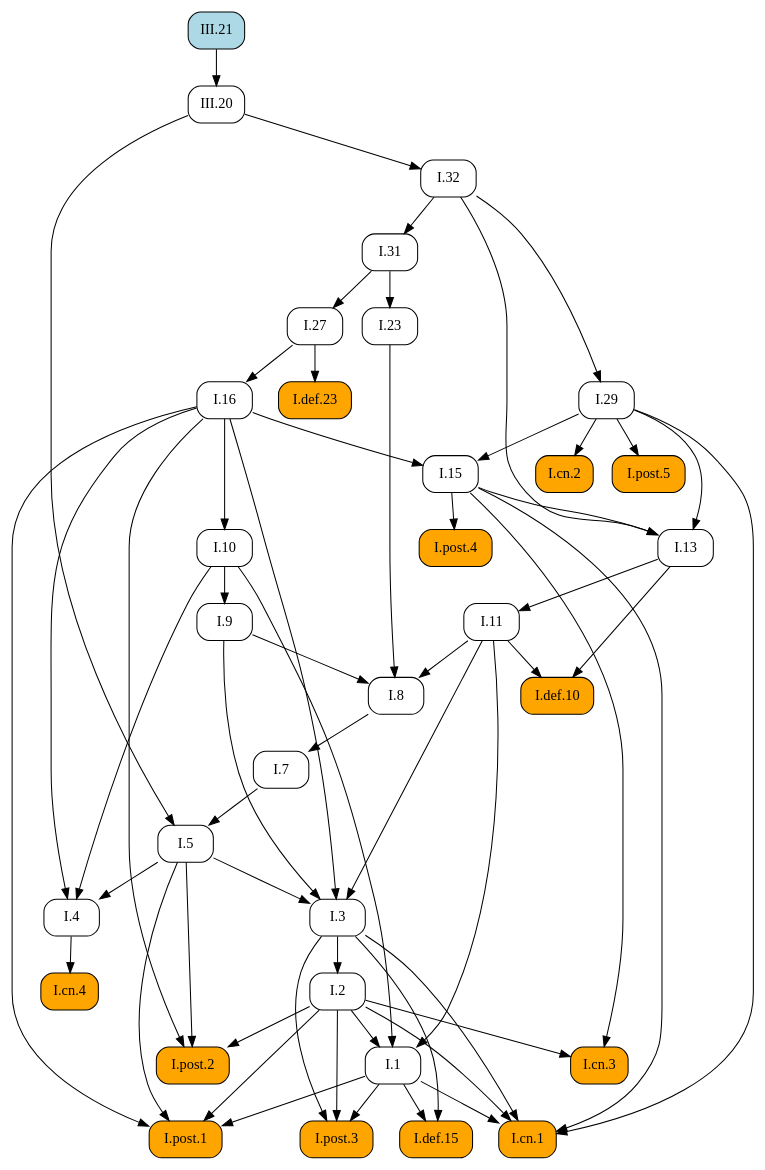
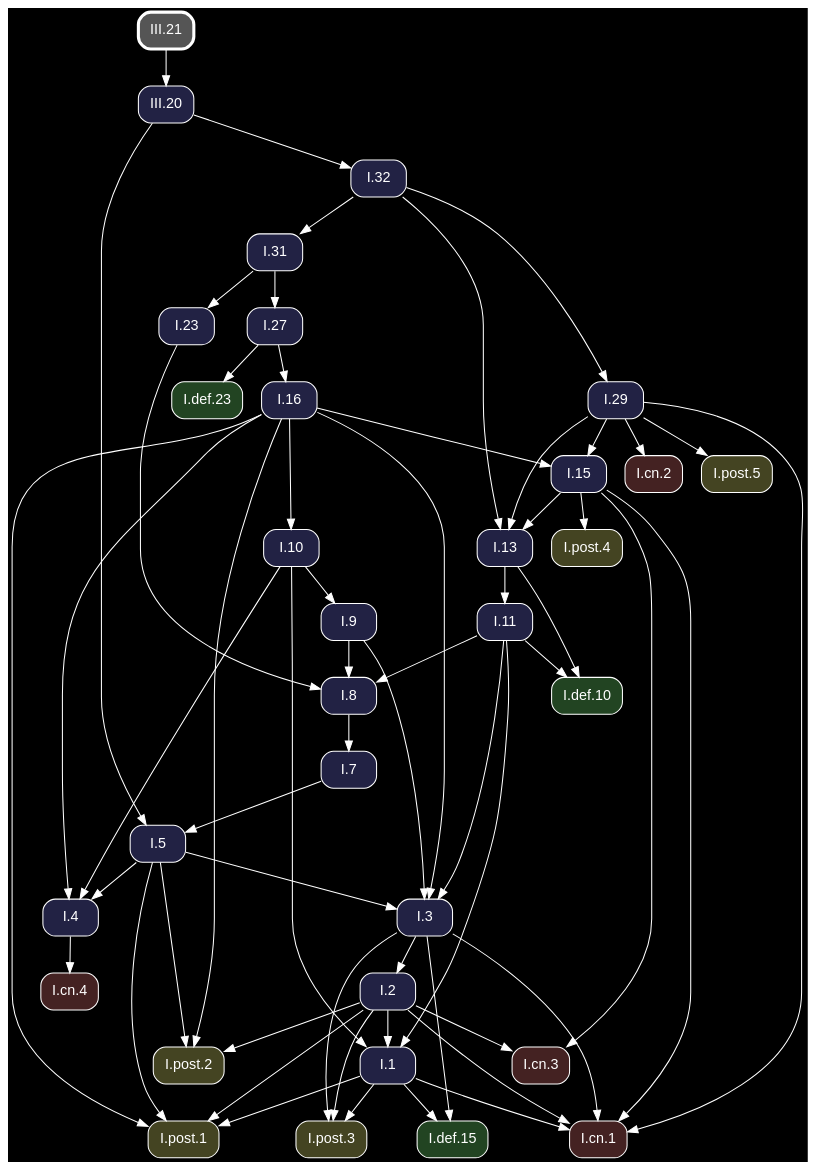
One commit to geometor/elements changed the diagram in docsrc/heath/III/21/index.rst. Above: the diagram before and after it, drawn with Graphviz. The commit also changed other lines of this file and 1200 other files, not shown here.

Commit message:
update dependency graphs

```diff
--- a/docsrc/heath/III/21/index.rst
+++ b/docsrc/heath/III/21/index.rst
@@ -47,96 +47,98 @@
 .. graphviz::
 
    digraph {
+     bgcolor="black";
+     node [shape=box, style="rounded,filled", fontname="Helvetica", color="white", fontcolor="white"];
+     edge [color="white", fontcolor="white"];
      rankdir="TB";
-     node [shape=box, style=rounded];
-     "I.23" [URL="/heath/I/23/", target="_top"];
-     "I.9" [URL="/heath/I/9/", target="_top"];
-     "I.cn.1" [style="rounded,filled", fillcolor=orange, URL="/heath/I/cn.1/", target="_top"];
-     "I.32" [URL="/heath/I/32/", target="_top"];
-     "I.7" [URL="/heath/I/7/", target="_top"];
-     "I.2" [URL="/heath/I/2/", target="_top"];
-     "I.def.15" [style="rounded,filled", fillcolor=orange, URL="/heath/I/def.15/", target="_top"];
-     "I.13" [URL="/heath/I/13/", target="_top"];
-     "I.post.4" [style="rounded,filled", fillcolor=orange, URL="/heath/I/post.4/", target="_top"];
-     "I.4" [URL="/heath/I/4/", target="_top"];
-     "I.1" [URL="/heath/I/1/", target="_top"];
-     "I.post.3" [style="rounded,filled", fillcolor=orange, URL="/heath/I/post.3/", target="_top"];
-     "I.post.1" [style="rounded,filled", fillcolor=orange, URL="/heath/I/post.1/", target="_top"];
-     "I.5" [URL="/heath/I/5/", target="_top"];
-     "I.8" [URL="/heath/I/8/", target="_top"];
-     "III.20" [URL="/heath/III/20/", target="_top"];
-     "I.29" [URL="/heath/I/29/", target="_top"];
-     "I.cn.3" [style="rounded,filled", fillcolor=orange, URL="/heath/I/cn.3/", target="_top"];
-     "I.16" [URL="/heath/I/16/", target="_top"];
-     "I.31" [URL="/heath/I/31/", target="_top"];
-     "I.def.10" [style="rounded,filled", fillcolor=orange, URL="/heath/I/def.10/", target="_top"];
-     "I.15" [URL="/heath/I/15/", target="_top"];
-     "I.10" [URL="/heath/I/10/", target="_top"];
-     "I.11" [URL="/heath/I/11/", target="_top"];
-     "I.def.23" [style="rounded,filled", fillcolor=orange, URL="/heath/I/def.23/", target="_top"];
-     "I.cn.2" [style="rounded,filled", fillcolor=orange, URL="/heath/I/cn.2/", target="_top"];
-     "I.27" [URL="/heath/I/27/", target="_top"];
-     "I.post.5" [style="rounded,filled", fillcolor=orange, URL="/heath/I/post.5/", target="_top"];
-     "I.cn.4" [style="rounded,filled", fillcolor=orange, URL="/heath/I/cn.4/", target="_top"];
-     "III.21" [style="rounded,filled", fillcolor=lightblue, URL="/heath/III/21/", target="_top"];
-     "I.post.2" [style="rounded,filled", fillcolor=orange, URL="/heath/I/post.2/", target="_top"];
-     "I.3" [URL="/heath/I/3/", target="_top"];
-     "I.31" -> "I.23";
-     "I.10" -> "I.9";
+     "I.31" [fillcolor="#222244", URL="/heath/I/31/", target="_top"];
+     "I.32" [fillcolor="#222244", URL="/heath/I/32/", target="_top"];
+     "I.3" [fillcolor="#222244", URL="/heath/I/3/", target="_top"];
+     "I.post.1" [fillcolor="#444422", URL="/heath/I/post.1/", target="_top"];
+     "I.cn.1" [fillcolor="#442222", URL="/heath/I/cn.1/", target="_top"];
+     "I.def.10" [fillcolor="#224422", URL="/heath/I/def.10/", target="_top"];
+     "I.15" [fillcolor="#222244", URL="/heath/I/15/", target="_top"];
+     "I.11" [fillcolor="#222244", URL="/heath/I/11/", target="_top"];
+     "I.16" [fillcolor="#222244", URL="/heath/I/16/", target="_top"];
+     "I.cn.3" [fillcolor="#442222", URL="/heath/I/cn.3/", target="_top"];
+     "I.13" [fillcolor="#222244", URL="/heath/I/13/", target="_top"];
+     "I.27" [fillcolor="#222244", URL="/heath/I/27/", target="_top"];
+     "III.21" [penwidth=3, color="white", fillcolor="#555555", URL="/heath/III/21/", target="_top"];
+     "I.2" [fillcolor="#222244", URL="/heath/I/2/", target="_top"];
+     "I.post.2" [fillcolor="#444422", URL="/heath/I/post.2/", target="_top"];
+     "I.cn.2" [fillcolor="#442222", URL="/heath/I/cn.2/", target="_top"];
+     "I.29" [fillcolor="#222244", URL="/heath/I/29/", target="_top"];
+     "I.cn.4" [fillcolor="#442222", URL="/heath/I/cn.4/", target="_top"];
+     "I.def.23" [fillcolor="#224422", URL="/heath/I/def.23/", target="_top"];
+     "I.9" [fillcolor="#222244", URL="/heath/I/9/", target="_top"];
+     "I.1" [fillcolor="#222244", URL="/heath/I/1/", target="_top"];
+     "I.post.5" [fillcolor="#444422", URL="/heath/I/post.5/", target="_top"];
+     "I.post.4" [fillcolor="#444422", URL="/heath/I/post.4/", target="_top"];
+     "I.23" [fillcolor="#222244", URL="/heath/I/23/", target="_top"];
+     "I.8" [fillcolor="#222244", URL="/heath/I/8/", target="_top"];
+     "I.4" [fillcolor="#222244", URL="/heath/I/4/", target="_top"];
+     "I.post.3" [fillcolor="#444422", URL="/heath/I/post.3/", target="_top"];
+     "III.20" [fillcolor="#222244", URL="/heath/III/20/", target="_top"];
+     "I.7" [fillcolor="#222244", URL="/heath/I/7/", target="_top"];
+     "I.def.15" [fillcolor="#224422", URL="/heath/I/def.15/", target="_top"];
+     "I.5" [fillcolor="#222244", URL="/heath/I/5/", target="_top"];
+     "I.10" [fillcolor="#222244", URL="/heath/I/10/", target="_top"];
+     "I.32" -> "I.31";
+     "III.20" -> "I.32";
+     "I.5" -> "I.3";
+     "I.9" -> "I.3";
+     "I.11" -> "I.3";
+     "I.16" -> "I.3";
+     "I.1" -> "I.post.1";
+     "I.2" -> "I.post.1";
+     "I.5" -> "I.post.1";
+     "I.16" -> "I.post.1";
      "I.1" -> "I.cn.1";
      "I.2" -> "I.cn.1";
      "I.3" -> "I.cn.1";
      "I.15" -> "I.cn.1";
      "I.29" -> "I.cn.1";
-     "III.20" -> "I.32";
-     "I.8" -> "I.7";
-     "I.3" -> "I.2";
-     "I.1" -> "I.def.15";
-     "I.3" -> "I.def.15";
-     "I.15" -> "I.13";
-     "I.29" -> "I.13";
-     "I.32" -> "I.13";
-     "I.15" -> "I.post.4";
-     "I.5" -> "I.4";
-     "I.10" -> "I.4";
-     "I.16" -> "I.4";
-     "I.2" -> "I.1";
-     "I.10" -> "I.1";
-     "I.11" -> "I.1";
-     "I.1" -> "I.post.3";
-     "I.2" -> "I.post.3";
-     "I.3" -> "I.post.3";
-     "I.1" -> "I.post.1";
-     "I.2" -> "I.post.1";
-     "I.5" -> "I.post.1";
-     "I.16" -> "I.post.1";
-     "I.7" -> "I.5";
-     "III.20" -> "I.5";
-     "I.9" -> "I.8";
-     "I.11" -> "I.8";
-     "I.23" -> "I.8";
-     "III.21" -> "III.20";
-     "I.32" -> "I.29";
-     "I.2" -> "I.cn.3";
-     "I.15" -> "I.cn.3";
-     "I.27" -> "I.16";
-     "I.32" -> "I.31";
      "I.11" -> "I.def.10";
      "I.13" -> "I.def.10";
      "I.16" -> "I.15";
      "I.29" -> "I.15";
-     "I.16" -> "I.10";
      "I.13" -> "I.11";
-     "I.27" -> "I.def.23";
-     "I.29" -> "I.cn.2";
+     "I.27" -> "I.16";
+     "I.2" -> "I.cn.3";
+     "I.15" -> "I.cn.3";
+     "I.15" -> "I.13";
+     "I.29" -> "I.13";
+     "I.32" -> "I.13";
      "I.31" -> "I.27";
-     "I.29" -> "I.post.5";
-     "I.4" -> "I.cn.4";
+     "I.3" -> "I.2";
      "I.2" -> "I.post.2";
      "I.5" -> "I.post.2";
      "I.16" -> "I.post.2";
-     "I.5" -> "I.3";
-     "I.9" -> "I.3";
-     "I.11" -> "I.3";
-     "I.16" -> "I.3";
+     "I.29" -> "I.cn.2";
+     "I.32" -> "I.29";
+     "I.4" -> "I.cn.4";
+     "I.27" -> "I.def.23";
+     "I.10" -> "I.9";
+     "I.2" -> "I.1";
+     "I.10" -> "I.1";
+     "I.11" -> "I.1";
+     "I.29" -> "I.post.5";
+     "I.15" -> "I.post.4";
+     "I.31" -> "I.23";
+     "I.9" -> "I.8";
+     "I.11" -> "I.8";
+     "I.23" -> "I.8";
+     "I.5" -> "I.4";
+     "I.10" -> "I.4";
+     "I.16" -> "I.4";
+     "I.1" -> "I.post.3";
+     "I.2" -> "I.post.3";
+     "I.3" -> "I.post.3";
+     "III.21" -> "III.20";
+     "I.8" -> "I.7";
+     "I.1" -> "I.def.15";
+     "I.3" -> "I.def.15";
+     "I.7" -> "I.5";
+     "III.20" -> "I.5";
+     "I.16" -> "I.10";
    }
```
